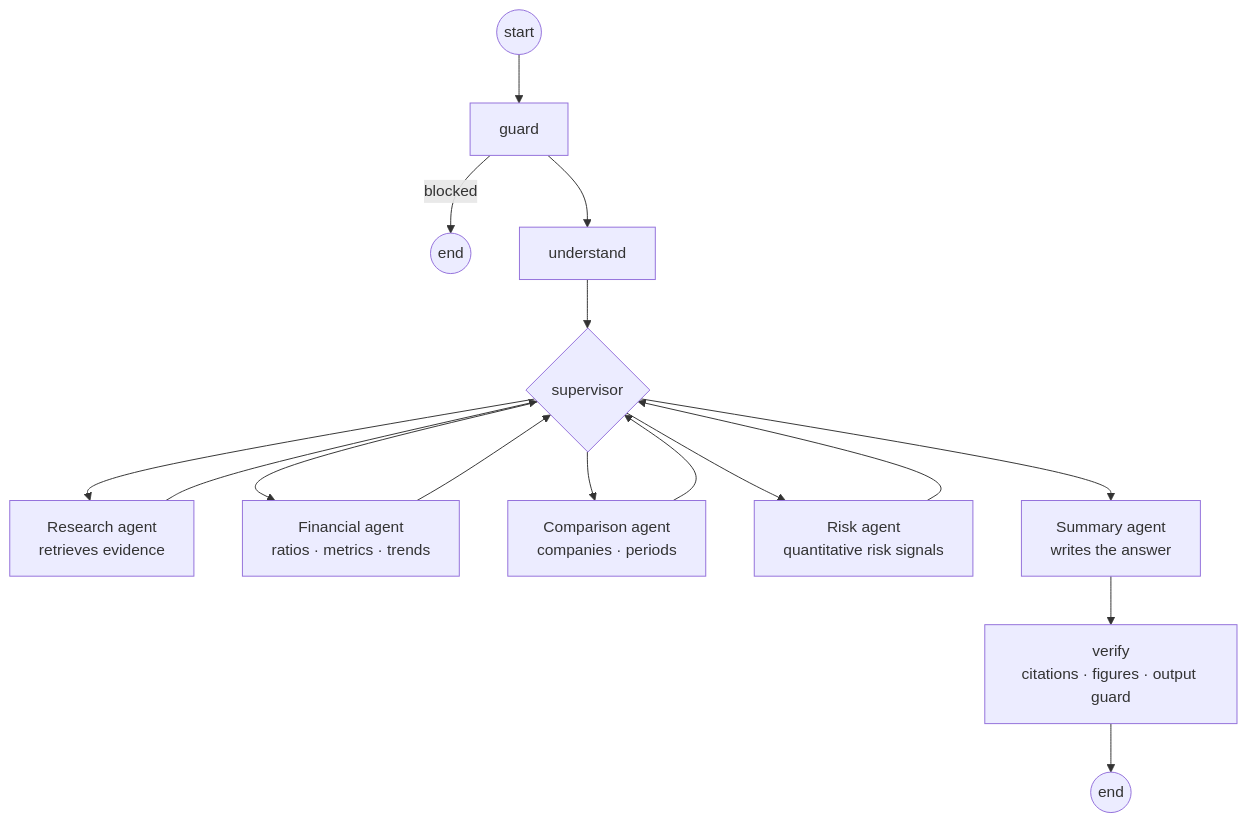
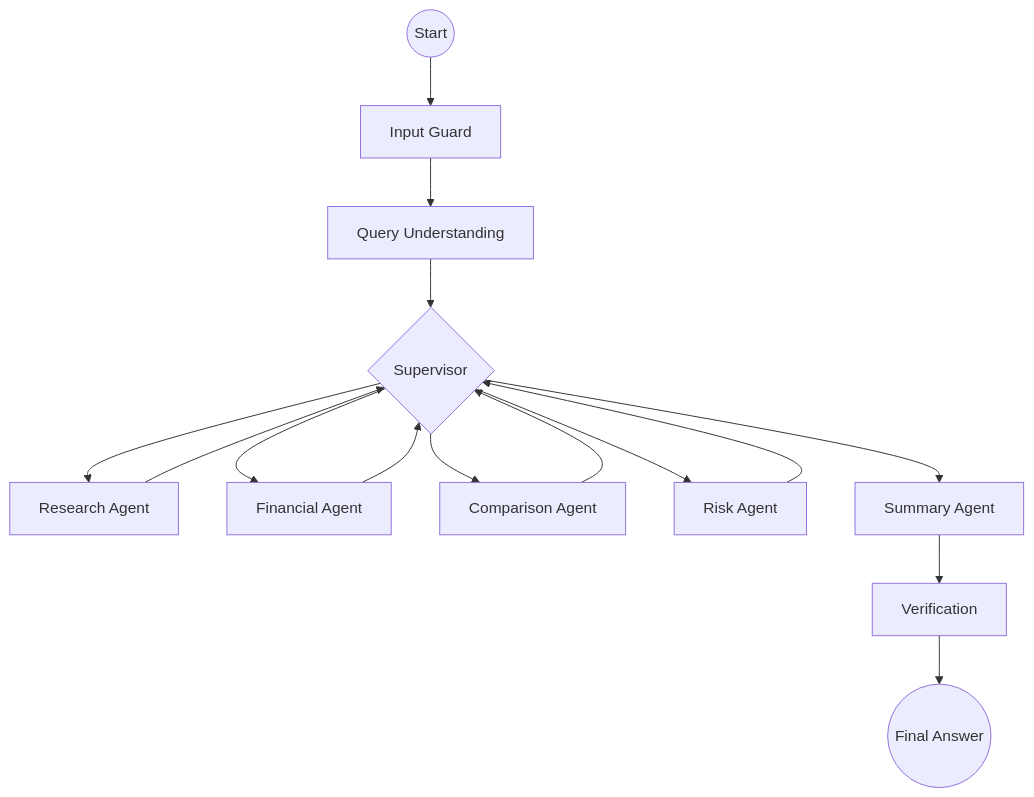
The fourth of 5 diagrams in README.md (Niladri962/FinResearch-AI), drawn with Mermaid before and after one commit. The commit also changed other lines of this file, not shown here.

````diff
--- a/README.md
+++ b/README.md
@@ -118,10 +474,26 @@
 ```mermaid
 flowchart TD
-    START((start)) --> GUARD[guard] -->|blocked| END1((end))
-    GUARD --> UND[understand] --> SUP{supervisor}
-    SUP --> RES["Research agent<br/>retrieves evidence"] --> SUP
-    SUP --> FA["Financial agent<br/>ratios · metrics · trends"] --> SUP
-    SUP --> CMP["Comparison agent<br/>companies · periods"] --> SUP
-    SUP --> RISK["Risk agent<br/>quantitative risk signals"] --> SUP
-    SUP --> SUM["Summary agent<br/>writes the answer"] --> VER["verify<br/>citations · figures · output guard"] --> END2((end))
+
+    START((Start))
+        --> GUARD[Input Guard]
+
+    GUARD --> UNDERSTAND[Query Understanding]
+
+    UNDERSTAND --> SUPERVISOR{Supervisor}
+
+    SUPERVISOR --> RESEARCH["Research Agent"]
+    SUPERVISOR --> FINANCIAL["Financial Agent"]
+    SUPERVISOR --> COMPARISON["Comparison Agent"]
+    SUPERVISOR --> RISK["Risk Agent"]
+
+    RESEARCH --> SUPERVISOR
+    FINANCIAL --> SUPERVISOR
+    COMPARISON --> SUPERVISOR
+    RISK --> SUPERVISOR
+
+    SUPERVISOR --> SUMMARY["Summary Agent"]
+
+    SUMMARY --> VERIFY["Verification"]
+
+    VERIFY --> END((Final Answer))
 ```
````
